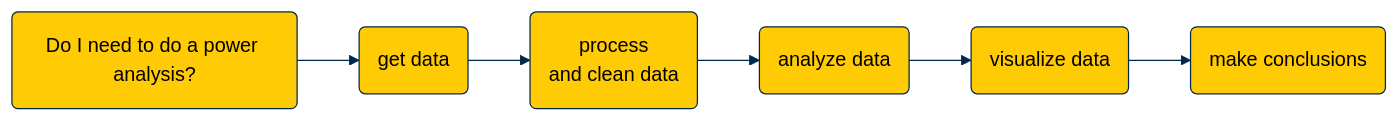
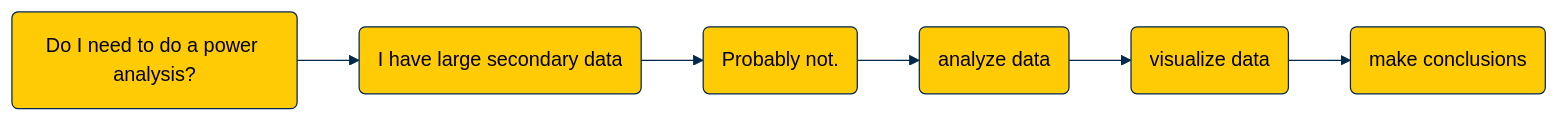
One commit to agrogan1/teaching changed the diagram in power-analysis/README.md. Above: the diagram before and after it, drawn with Mermaid.

````diff
--- a/power-analysis/README.md
+++ b/power-analysis/README.md
@@ -3,24 +3,24 @@
 ```mermaid
 %%{
   init: {
     'theme': 'base',
     'themeVariables': {
       'primaryColor': '#FFCB05',
       'primaryTextColor': '#000000',
       'primaryBorderColor': '#00274C',
       'lineColor': '#00274C',
       'secondaryColor': '#00274C',
       'secondaryTextColor': '#000000',
       'tertiaryColor': '#F2F2F2',
       'tertiaryBorderColor': '#00274C'
     }
   }
 }%%
 
 flowchart LR
-  A(Do I need to do a power analysis?) --> B(get data)
-  B --> C(process <br>and clean data) 
+  A(Do I need to do a power analysis?) --> B(I have large secondary data)
+  B --> C(Probably not.) 
   C --> D(analyze data)
   D --> E(visualize data)
   E --> F(make conclusions)
 ```
````
